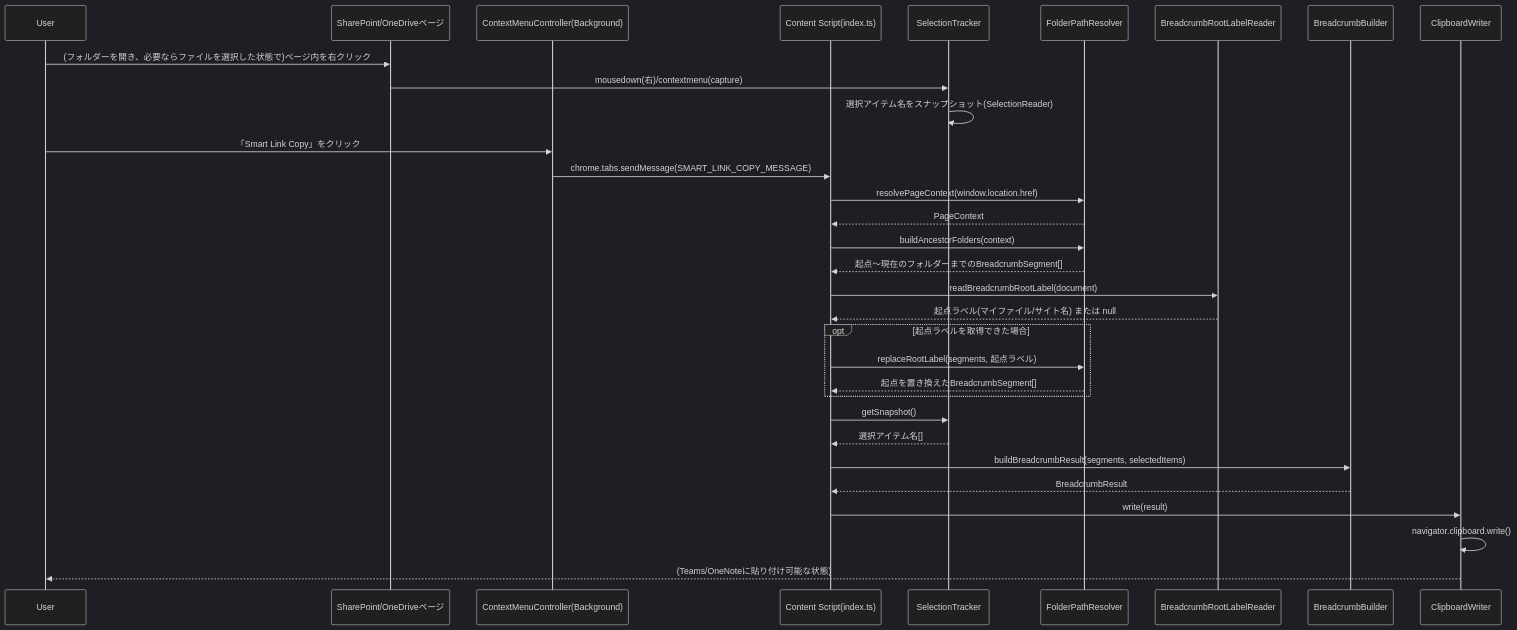
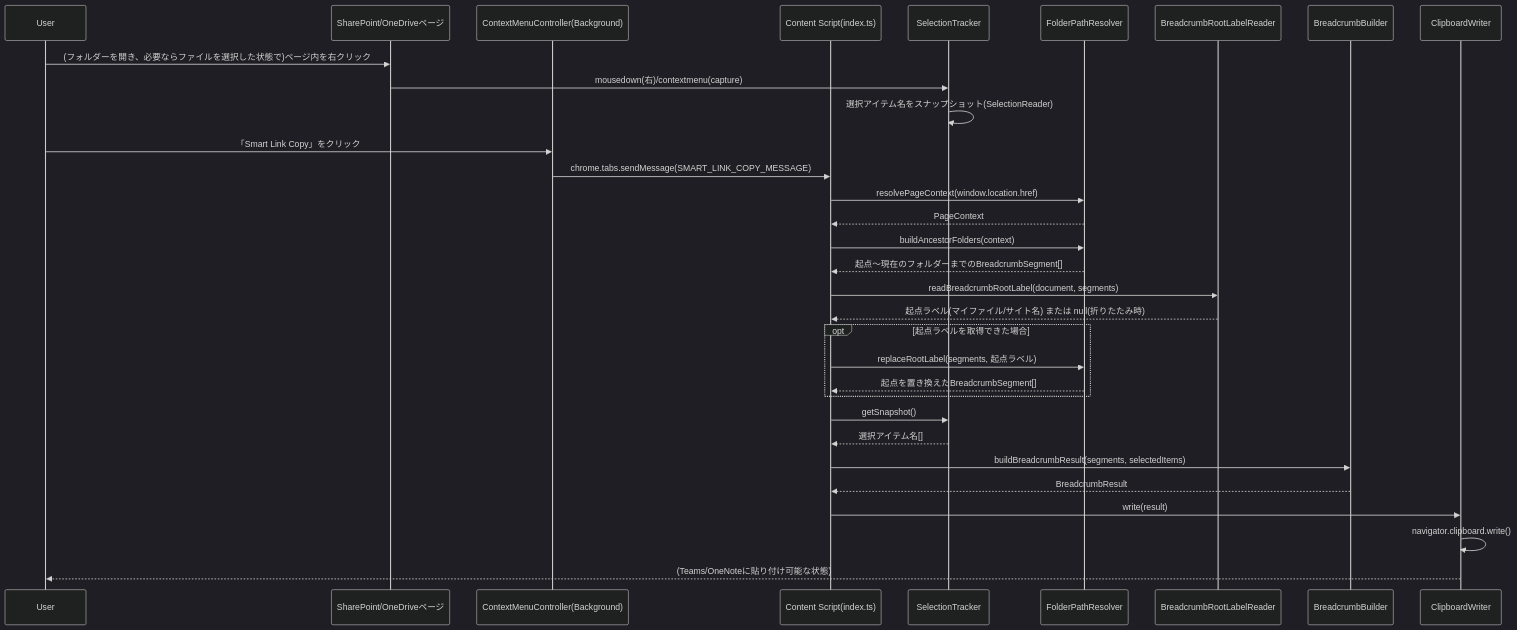
Before and after one commit to codesmith/sharepoint-smart-link-copy: the second of 4 diagrams in docs/functional-design.md, drawn with Mermaid (dark theme). The commit also changed other lines of this file and 7 other files, not shown here.

````diff
--- a/docs/functional-design.md
+++ b/docs/functional-design.md
@@ -375,35 +382,35 @@
 ```mermaid
 sequenceDiagram
     participant User
     participant Page as SharePoint/OneDriveページ
     participant Menu as ContextMenuController(Background)
     participant ContentScript as Content Script(index.ts)
     participant Tracker as SelectionTracker
     participant Resolver as FolderPathResolver
     participant RootLabelReader as BreadcrumbRootLabelReader
     participant Builder as BreadcrumbBuilder
     participant Writer as ClipboardWriter
 
     User->>Page: (フォルダーを開き、必要ならファイルを選択した状態で)ページ内を右クリック
     Page->>Tracker: mousedown(右)/contextmenu(capture)
     Tracker->>Tracker: 選択アイテム名をスナップショット(SelectionReader)
     User->>Menu: 「Smart Link Copy」をクリック
     Menu->>ContentScript: chrome.tabs.sendMessage(SMART_LINK_COPY_MESSAGE)
     ContentScript->>Resolver: resolvePageContext(window.location.href)
     Resolver-->>ContentScript: PageContext
     ContentScript->>Resolver: buildAncestorFolders(context)
     Resolver-->>ContentScript: 起点〜現在のフォルダーまでのBreadcrumbSegment[]
-    ContentScript->>RootLabelReader: readBreadcrumbRootLabel(document)
-    RootLabelReader-->>ContentScript: 起点ラベル(マイファイル/サイト名) または null
+    ContentScript->>RootLabelReader: readBreadcrumbRootLabel(document, segments)
+    RootLabelReader-->>ContentScript: 起点ラベル(マイファイル/サイト名) または null(折りたたみ時)
     opt 起点ラベルを取得できた場合
         ContentScript->>Resolver: replaceRootLabel(segments, 起点ラベル)
         Resolver-->>ContentScript: 起点を置き換えたBreadcrumbSegment[]
     end
     ContentScript->>Tracker: getSnapshot()
     Tracker-->>ContentScript: 選択アイテム名[]
     ContentScript->>Builder: buildBreadcrumbResult(segments, selectedItems)
     Builder-->>ContentScript: BreadcrumbResult
     ContentScript->>Writer: write(result)
     Writer->>Writer: navigator.clipboard.write()
     Writer-->>User: (Teams/OneNoteに貼り付け可能な状態)
 ```
````
